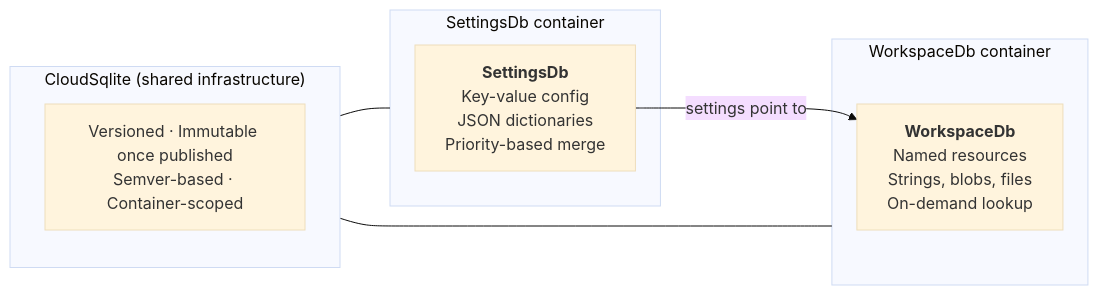
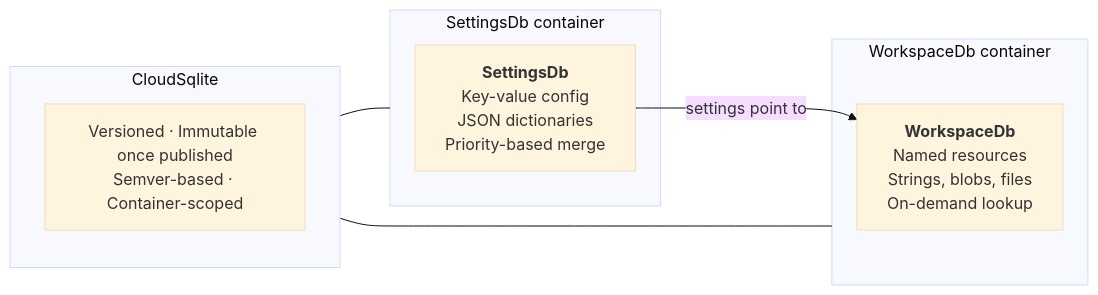
One commit to iTwin/itwinjs-core changed the first of 4 diagrams in docs/learning/backend/WorkspacesAndSettings.md. Above: the diagram before and after it, drawn with Mermaid (base theme).

Commit message:
docs: shorten CloudSqlite subgraph title to fix header clipping
Title 'CloudSqlite (shared infrastructure)' was too wide, causing
the subgraph border to clip through the label text. Shortened to
just 'CloudSqlite'.

````diff
--- a/docs/learning/backend/WorkspacesAndSettings.md
+++ b/docs/learning/backend/WorkspacesAndSettings.md
@@ -12,19 +12,19 @@
 ```mermaid
 graph LR
-    subgraph CloudSqlite["CloudSqlite (shared infrastructure)"]
+    subgraph CloudSqlite["CloudSqlite"]
         direction TB
         note["Versioned · Immutable once published<br/>Semver-based · Container-scoped"]
     end
 
     subgraph SettingsContainer["SettingsDb container"]
         SDB["<b>SettingsDb</b><br/>Key-value config<br/>JSON dictionaries<br/>Priority-based merge"]
     end
 
     subgraph WorkspaceContainer["WorkspaceDb container"]
         WDB["<b>WorkspaceDb</b><br/>Named resources<br/>Strings, blobs, files<br/>On-demand lookup"]
     end
 
     CloudSqlite --- SettingsContainer
     CloudSqlite --- WorkspaceContainer
     SDB -->|"settings point to"| WDB
 ```
````
